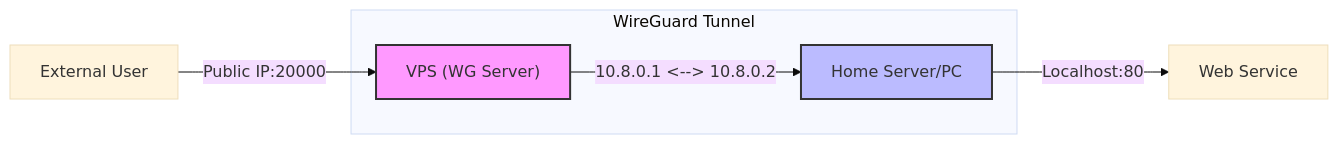
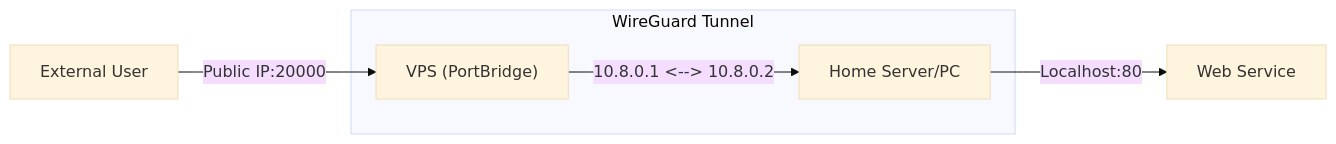
One commit to nooblk-98/portbridge changed the first of 2 diagrams in README.md. Above: the diagram before and after it, drawn with Mermaid (base theme). The commit also changed other lines of this file and 2 other files, not shown here.

````diff
--- a/README.md
+++ b/README.md
@@ -44,11 +33,8 @@
 ```mermaid
 graph LR
-    User[External User] -- "Public IP:20000" --> VPS["VPS (WG Server)"]
+    User[External User] -- "Public IP:20000" --> VPS["VPS (PortBridge)"]
     subgraph "WireGuard Tunnel"
     VPS -- "10.8.0.1 <--> 10.8.0.2" --> Client["Home Server/PC"]
     end
     Client -- "Localhost:80" --> Service["Web Service"]
-    
-    style VPS fill:#f9f,stroke:#333,stroke-width:2px
-    style Client fill:#bbf,stroke:#333,stroke-width:2px
 ```
````
